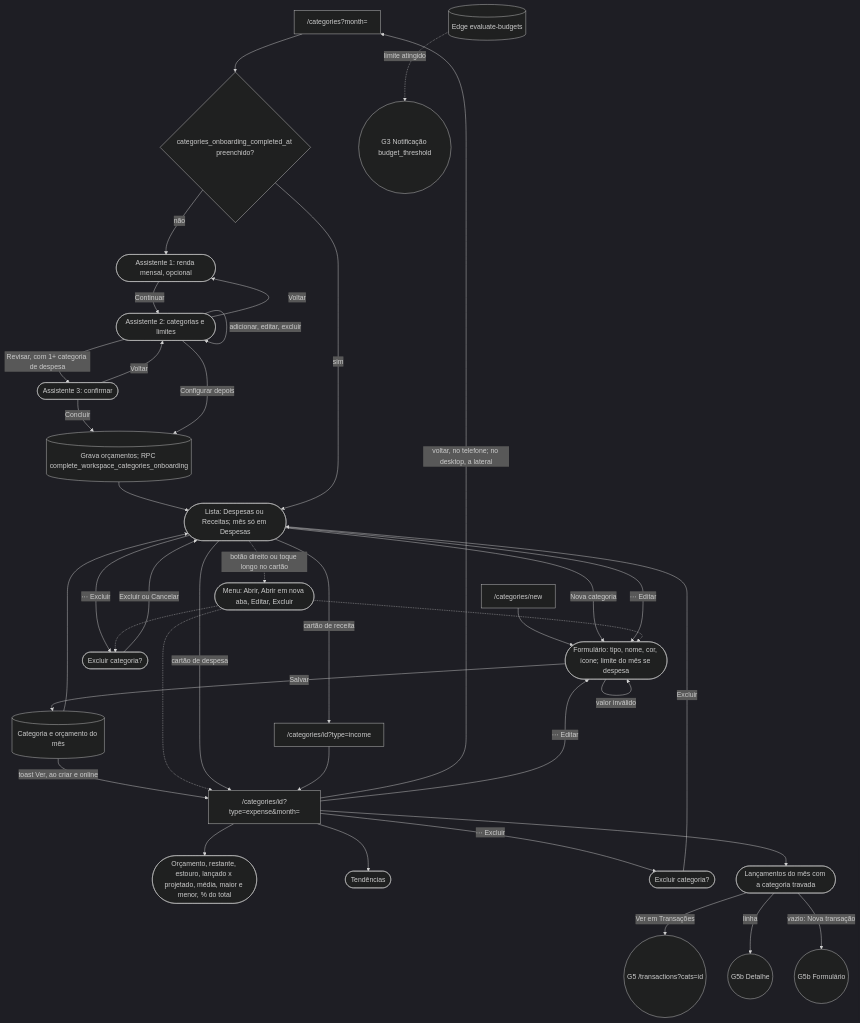
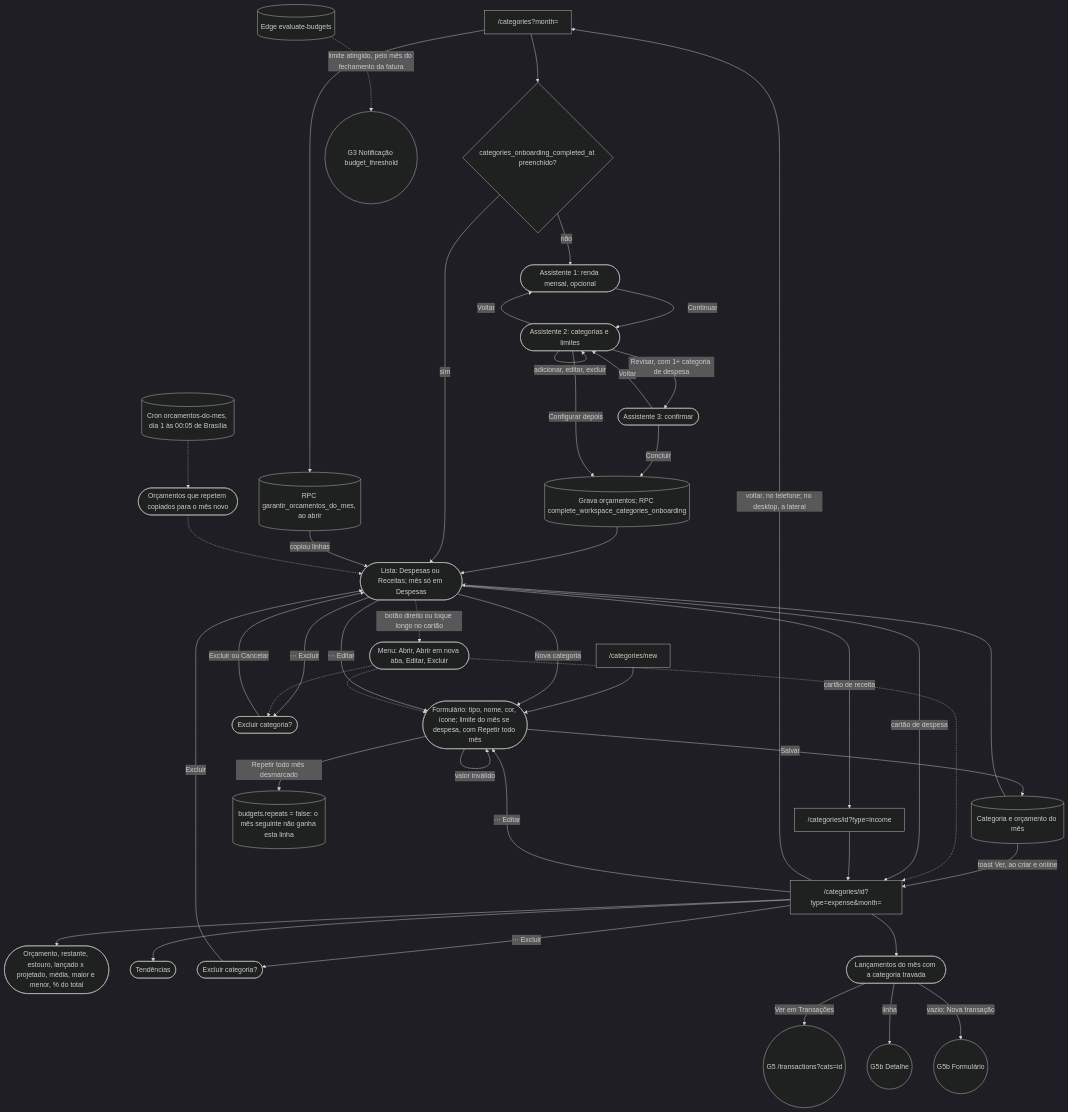
One commit to kauax2000/finance_app changed diagram 14 of 18 in docs/JORNADAS.md. Above: the diagram before and after it, drawn with Mermaid. The commit also changed other lines of this file and 4 other files, not shown here.

````diff
--- a/docs/JORNADAS.md
+++ b/docs/JORNADAS.md
@@ -970,46 +995,52 @@
 ```mermaid
 %%{init: {"theme": "dark"}}%%
 flowchart TD
     cats["/categories?month="] --> onboarded{"categories_onboarding_completed_at preenchido?"}
     onboarded -->|"não"| step0(["Assistente 1: renda mensal, opcional"])
     step0 -->|"Continuar"| step1(["Assistente 2: categorias e limites"])
     step1 -->|"Voltar"| step0
     step1 -->|"Sugerir pela renda"| step1
     step1 -->|"adicionar, editar, excluir"| step1
     step1 -->|"Revisar, com 1+ categoria de despesa"| step2(["Assistente 3: confirmar"])
     step2 -->|"Voltar"| step1
     step2 -->|"Concluir"| complete[("Grava orçamentos; RPC complete_workspace_categories_onboarding")]
     step1 -->|"Configurar depois"| complete
     complete --> listView
     onboarded -->|"sim"| listView(["Lista: Despesas ou Receitas; mês só em Despesas"])
 
     newRoute["/categories/new"] --> catForm
-    listView -->|"Nova categoria"| catForm(["Formulário: tipo, nome, cor, ícone; limite do mês se despesa"])
+    listView -->|"Nova categoria"| catForm(["Formulário: tipo, nome, cor, ícone; limite do mês se despesa, com Repetir todo mês"])
     catForm -->|"Salvar"| savedCat[("Categoria e orçamento do mês")]
     savedCat -->|"toast Ver, ao criar e online"| detail
     savedCat --> listView
     catForm -->|"valor inválido"| catForm
     listView -->|"⋯ Editar"| catForm
     listView -->|"⋯ Excluir"| delCat(["Excluir categoria?"])
     delCat -->|"Excluir ou Cancelar"| listView
     listView -.->|"botão direito ou toque longo no cartão"| catMenu(["Menu: Abrir, Abrir em nova aba, Editar, Excluir"])
     catMenu -.-> detail
     catMenu -.-> catForm
     catMenu -.-> delCat
 
     listView -->|"cartão de despesa"| detail["/categories/id?type=expense&month="]
     listView -->|"cartão de receita"| detailIn["/categories/id?type=income"]
     detailIn --> detail
 
     detail -->|"voltar, no telefone; no desktop, a lateral"| cats
     detail --> summary(["Orçamento, restante, estouro, lançado x projetado, média, maior e menor, % do total"])
     detail --> trend(["Tendências"])
     detail -->|"⋯ Editar"| catForm
     detail -->|"⋯ Excluir"| delDetail(["Excluir categoria?"]) -->|"Excluir"| listView
     detail --> embedded(["Lançamentos do mês com a categoria travada"])
     embedded -->|"Ver em Transações"| G5(("G5 /transactions?cats=id"))
     embedded -->|"linha"| txDetail(("G5b Detalhe"))
     embedded -->|"vazio: Nova transação"| txForm(("G5b Formulário"))
 
-    budget[("Edge evaluate-budgets")] -.->|"limite atingido"| notifBudget(("G3 Notificação budget_threshold"))
+    budget[("Edge evaluate-budgets")] -.->|"limite atingido, pelo mês do fechamento da fatura"| notifBudget(("G3 Notificação budget_threshold"))
+
+    cats --> ensure[("RPC garantir_orcamentos_do_mes, ao abrir")]
+    ensure -->|"copiou linhas"| listView
+    cronCopy[("Cron orcamentos-do-mes, dia 1 às 00:05 de Brasília")] -.-> copied(["Orçamentos que repetem copiados para o mês novo"])
+    copied -.-> listView
+    catForm -->|"Repetir todo mês desmarcado"| noRepeat[("budgets.repeats = false: o mês seguinte não ganha esta linha")]
 ```
````
